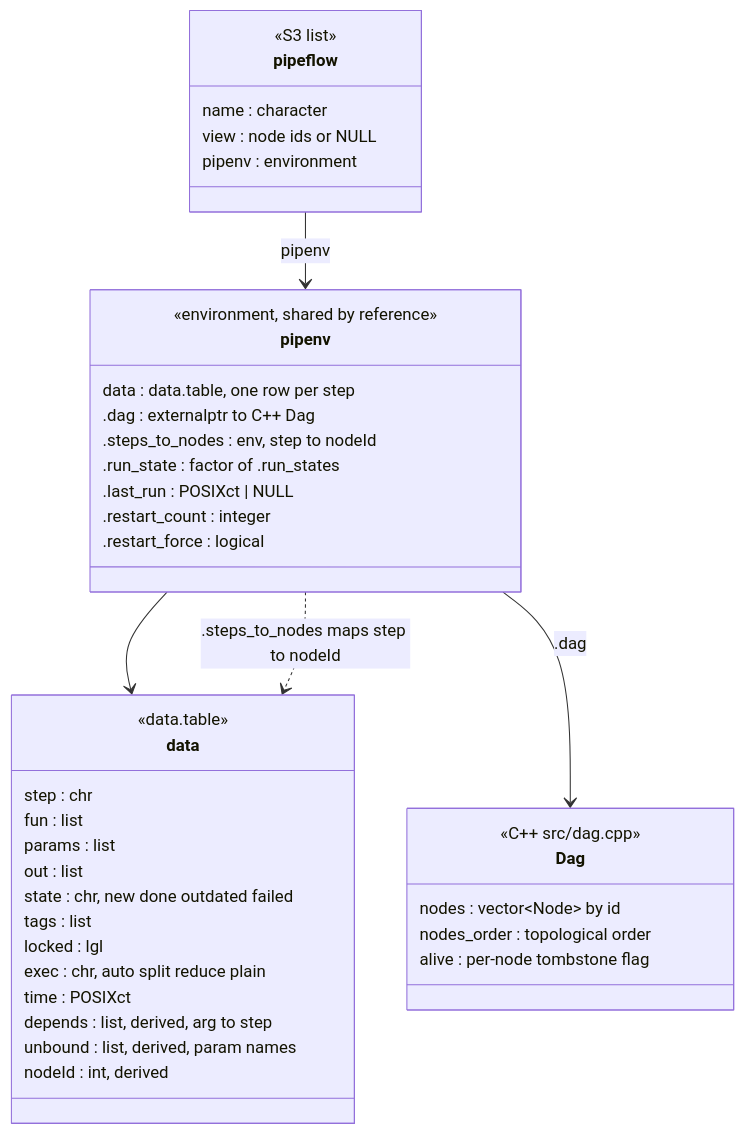
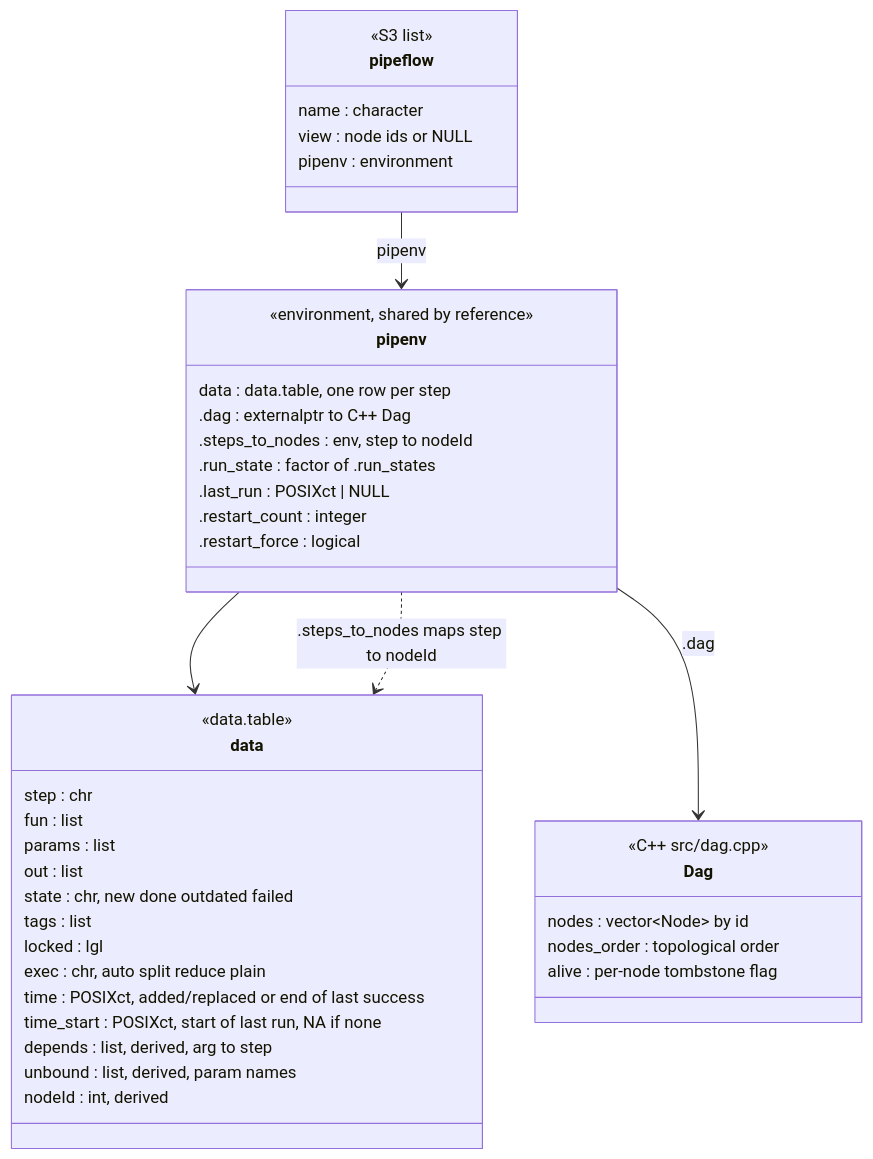
The second of 8 diagrams in dev/pipeflow.md (rpahl/pipeflow), drawn with Mermaid before and after one commit. The commit also changed other lines of this file and 7 other files, not shown here.

First line of the commit message:
feat: add time_start column with the start of a step's last run

````diff
--- a/dev/pipeflow.md
+++ b/dev/pipeflow.md
@@ -65,44 +65,45 @@
 ```mermaid
 classDiagram
     class pipeflow {
         <<S3 list>>
         name : character
         view : node ids or NULL
         pipenv : environment
     }
     class pipenv {
         <<environment, shared by reference>>
         data : data.table, one row per step
         .dag : externalptr to C++ Dag
         .steps_to_nodes : env, step to nodeId
         .run_state : factor of .run_states
         .last_run : POSIXct | NULL
         .restart_count : integer
         .restart_force : logical
     }
     class data {
         <<data.table>>
         step : chr
         fun : list
         params : list
         out : list
         state : chr, new done outdated failed
         tags : list
         locked : lgl
         exec : chr, auto split reduce plain
-        time : POSIXct
+        time : POSIXct, added/replaced or end of last success
+        time_start : POSIXct, start of last run, NA if none
         depends : list, derived, arg to step
         unbound : list, derived, param names
         nodeId : int, derived
     }
     class Dag {
         <<C++ src/dag.cpp>>
         nodes : vector~Node~ by id
         nodes_order : topological order
         alive : per-node tombstone flag
     }
     pipeflow --> pipenv : pipenv
     pipenv --> data
     pipenv --> Dag : .dag
     pipenv ..> data : .steps_to_nodes maps step to nodeId
 ```
````
